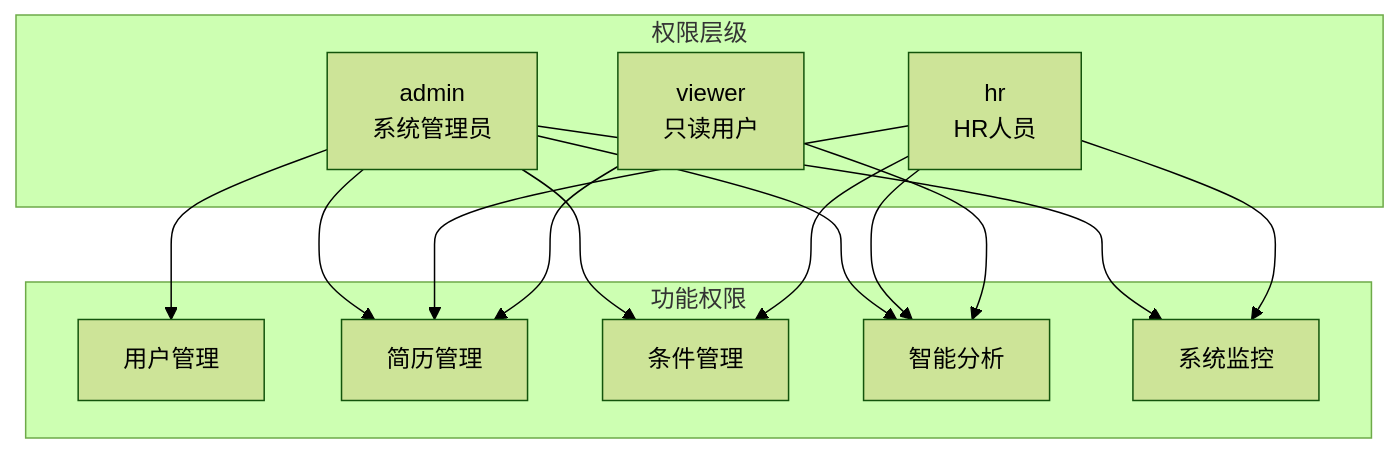
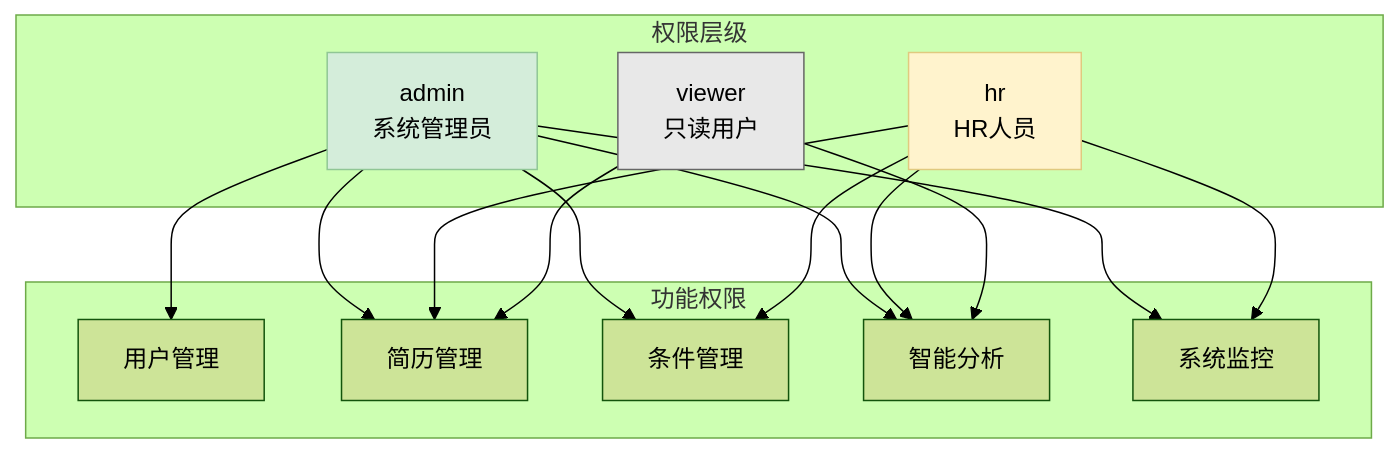
One commit to xt765/ResumeScreening changed diagram 11 of 14 in docs/architecture.md. Above: the diagram before and after it, drawn with Mermaid (forest theme). The commit also changed other lines of this file and 4 other files, not shown here.

````diff
--- a/docs/architecture.md
+++ b/docs/architecture.md
@@ -619,30 +740,34 @@
 ```mermaid
 graph TB
     subgraph 权限层级
         A[admin<br/>系统管理员]
         B[hr<br/>HR人员]
         C[viewer<br/>只读用户]
     end
   
     subgraph 功能权限
         D[用户管理]
         E[简历管理]
         F[条件管理]
         G[智能分析]
         H[系统监控]
     end
   
     A --> D
     A --> E
     A --> F
     A --> G
     A --> H
   
     B --> E
     B --> F
     B --> G
     B --> H
   
     C --> E
     C --> G
+    
+    style A fill:#d4edda,stroke:#90c695,stroke-width:1px
+    style B fill:#fff3cd,stroke:#e0c97f,stroke-width:1px
+    style C fill:#e8e8e8,stroke:#666,stroke-width:1px
 ```
````
